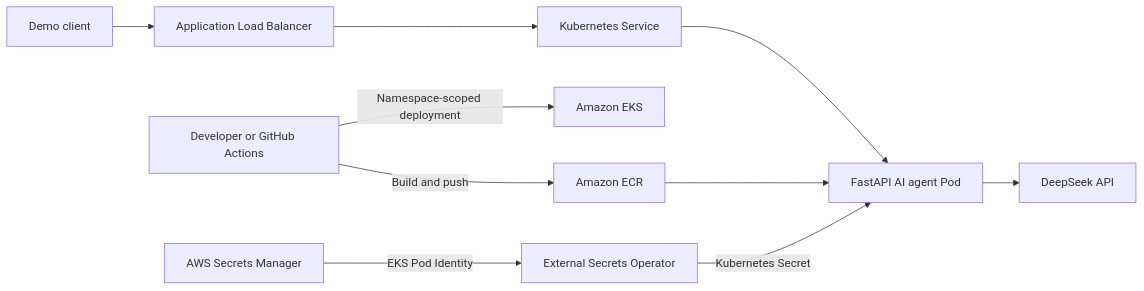
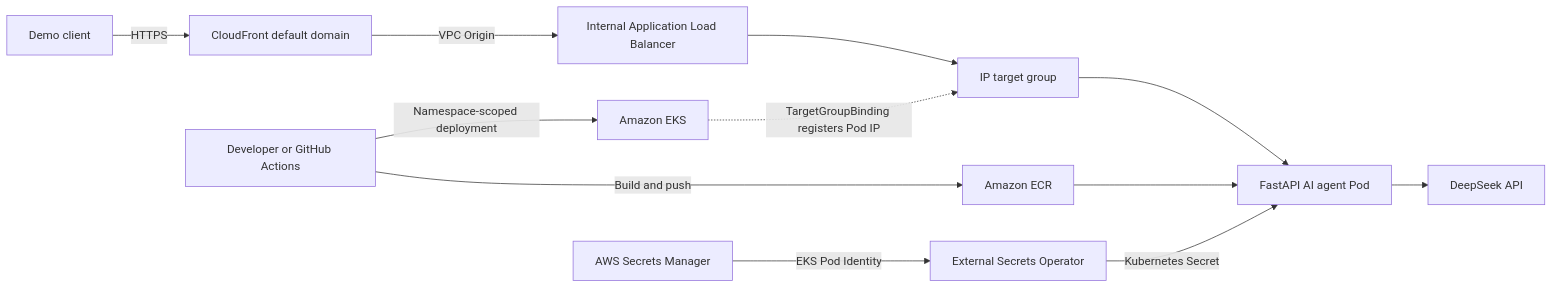
The diagram in README.md (GodfreyLyu/aws-eks-platform-sample), drawn with Mermaid before and after one commit. The commit also changed other lines of this file and 5 other files, not shown here.

Commit message:
Add cloud front solution

````diff
--- a/README.md
+++ b/README.md
@@ -10,12 +10,14 @@
 ```mermaid
 flowchart LR
   Developer[Developer or GitHub Actions] -->|Build and push| ECR[Amazon ECR]
   Developer -->|Namespace-scoped deployment| EKS[Amazon EKS]
-  User[Demo client] --> ALB[Application Load Balancer]
-  ALB --> Service[Kubernetes Service]
-  Service --> Pod[FastAPI AI agent Pod]
+  User[Demo client] -->|HTTPS| CF[CloudFront default domain]
+  CF -->|VPC Origin| ALB[Internal Application Load Balancer]
+  ALB --> TG[IP target group]
+  TG --> Pod[FastAPI AI agent Pod]
+  EKS -. TargetGroupBinding registers Pod IP .-> TG
   ECR --> Pod
   SM[AWS Secrets Manager] -->|EKS Pod Identity| ESO[External Secrets Operator]
   ESO -->|Kubernetes Secret| Pod
   Pod --> DeepSeek[DeepSeek API]
 ```
````
